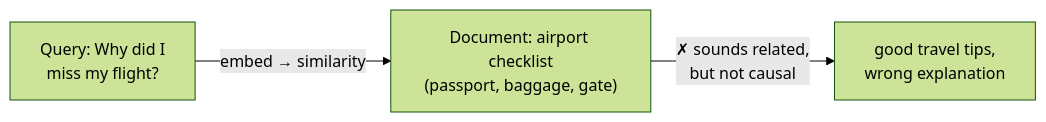
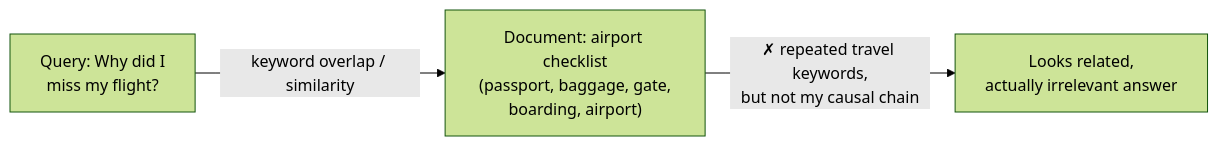
One commit to relunctance/m_flow changed the first of 4 diagrams in README.md. Above: the diagram before and after it, drawn with Mermaid (forest theme). The commit also changed other lines of this file, not shown here.

First line of the commit message:
docs(readme): clarify keyword-overlap contrast and inverted-cone propagation

````diff
--- a/README.md
+++ b/README.md
@@ -41,5 +41,5 @@
 ```mermaid
 flowchart LR
-    Q["Query: Why did I\nmiss my flight?"] -->|"embed → similarity"| C1["Document: airport checklist\n(passport, baggage, gate)"]
-    C1 -->|"✗ sounds related,\nbut not causal"| R["good travel tips,\nwrong explanation"]
+    Q["Query: Why did I\nmiss my flight?"] -->|"keyword overlap / similarity"| C1["Document: airport checklist\n(passport, baggage, gate,\nboarding, airport)"]
+    C1 -->|"✗ repeated travel keywords,\nbut not my causal chain"| R["Looks related,\nactually irrelevant answer"]
 ```
````
